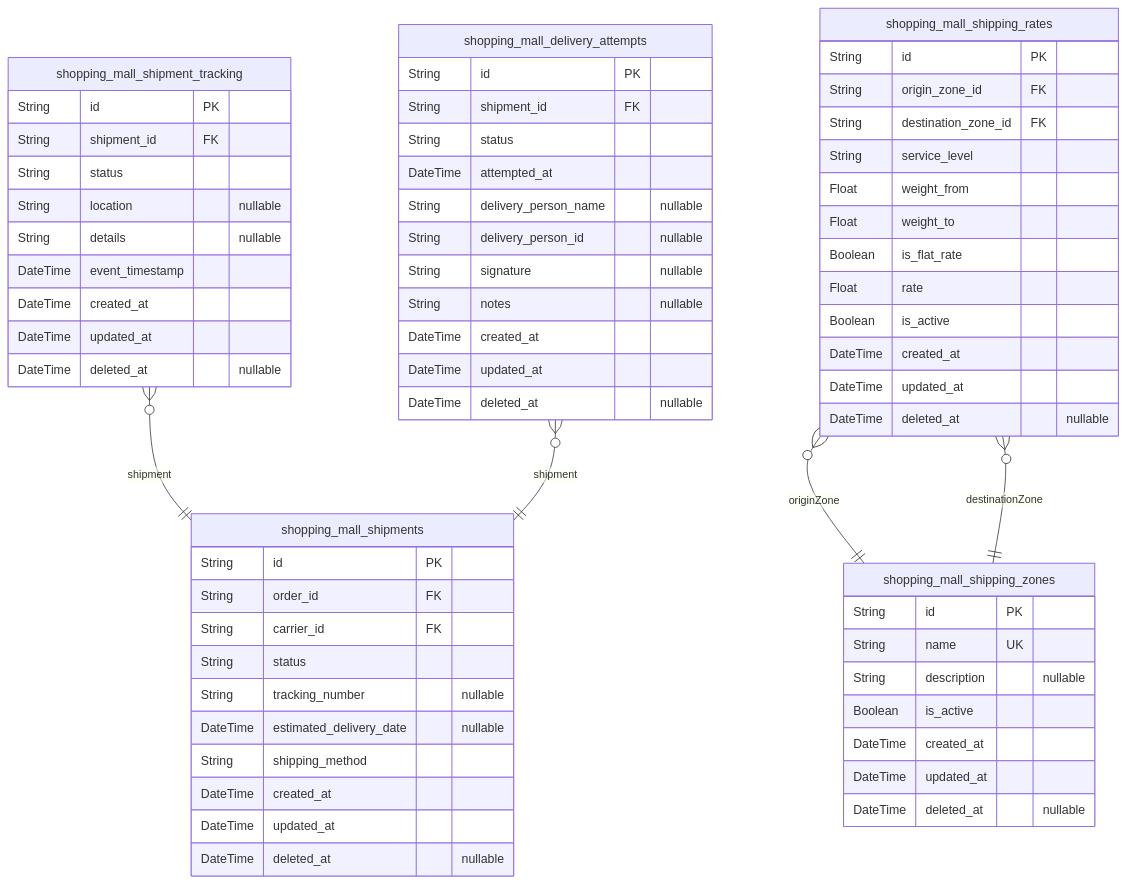
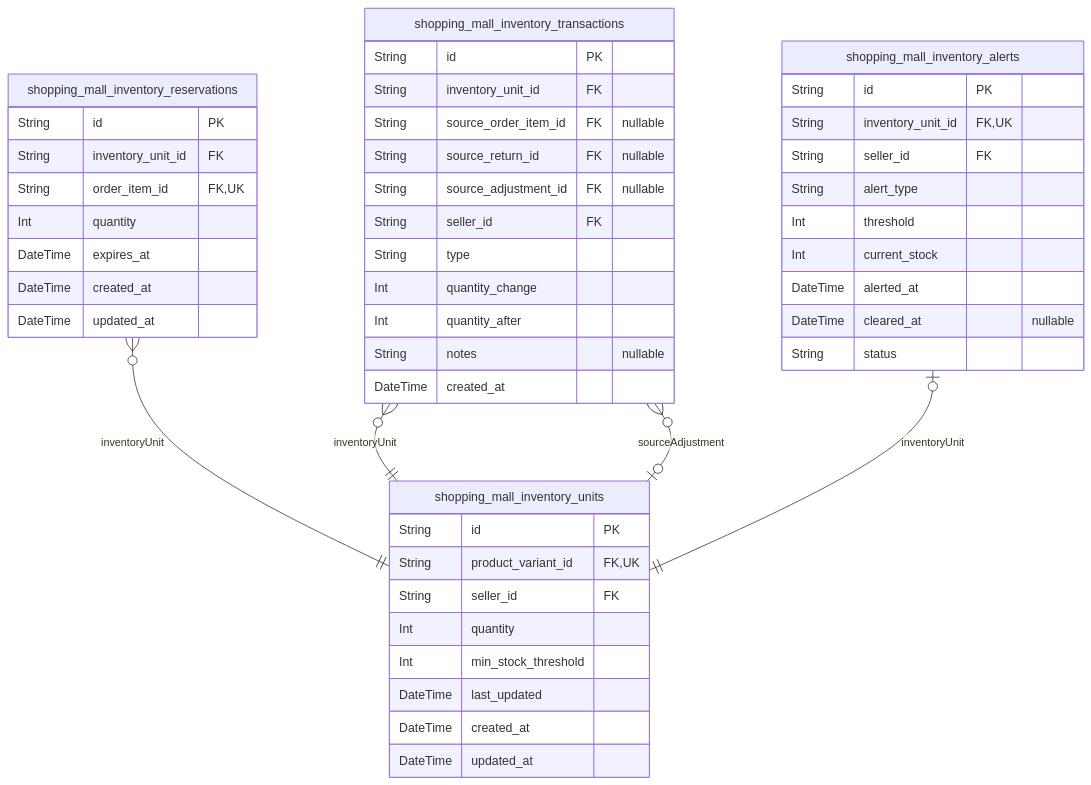
One commit to wrtnlabs/autobe-examples changed the seventh of 10 diagrams in qwen/qwen3-next-80b-a3b-instruct/shopping/docs/ERD.md. Above: the diagram before and after it, drawn with Mermaid. The commit also changed other lines of this file and 7173 other files, not shown here.

````diff
--- a/qwen/qwen3-next-80b-a3b-instruct/shopping/docs/ERD.md
+++ b/qwen/qwen3-next-80b-a3b-instruct/shopping/docs/ERD.md
@@ -1638,66 +1564,50 @@
 ```mermaid
 erDiagram
-"shopping_mall_shipments" {
+"shopping_mall_inventory_units" {
   String id PK
-  String order_id FK
-  String carrier_id FK
-  String status
-  String tracking_number "nullable"
-  DateTime estimated_delivery_date "nullable"
-  String shipping_method
+  String product_variant_id FK,UK
+  String seller_id FK
+  Int quantity
+  Int min_stock_threshold
+  DateTime last_updated
   DateTime created_at
   DateTime updated_at
-  DateTime deleted_at "nullable"
 }
-"shopping_mall_shipment_tracking" {
+"shopping_mall_inventory_reservations" {
   String id PK
-  String shipment_id FK
-  String status
-  String location "nullable"
-  String details "nullable"
-  DateTime event_timestamp
+  String inventory_unit_id FK
+  String order_item_id FK,UK
+  Int quantity
+  DateTime expires_at
   DateTime created_at
   DateTime updated_at
-  DateTime deleted_at "nullable"
 }
-"shopping_mall_delivery_attempts" {
+"shopping_mall_inventory_transactions" {
   String id PK
-  String shipment_id FK
-  String status
-  DateTime attempted_at
-  String delivery_person_name "nullable"
-  String delivery_person_id "nullable"
-  String signature "nullable"
+  String inventory_unit_id FK
+  String source_order_item_id FK "nullable"
+  String source_return_id FK "nullable"
+  String source_adjustment_id FK "nullable"
+  String seller_id FK
+  String type
+  Int quantity_change
+  Int quantity_after
   String notes "nullable"
   DateTime created_at
-  DateTime updated_at
-  DateTime deleted_at "nullable"
 }
-"shopping_mall_shipping_zones" {
+"shopping_mall_inventory_alerts" {
   String id PK
-  String name UK
-  String description "nullable"
-  Boolean is_active
-  DateTime created_at
-  DateTime updated_at
-  DateTime deleted_at "nullable"
+  String inventory_unit_id FK,UK
+  String seller_id FK
+  String alert_type
+  Int threshold
+  Int current_stock
+  DateTime alerted_at
+  DateTime cleared_at "nullable"
+  String status
 }
-"shopping_mall_shipping_rates" {
-  String id PK
-  String origin_zone_id FK
-  String destination_zone_id FK
-  String service_level
-  Float weight_from
-  Float weight_to
-  Boolean is_flat_rate
-  Float rate
-  Boolean is_active
-  DateTime created_at
-  DateTime updated_at
-  DateTime deleted_at "nullable"
-}
-"shopping_mall_shipment_tracking" }o--|| "shopping_mall_shipments" : shipment
-"shopping_mall_delivery_attempts" }o--|| "shopping_mall_shipments" : shipment
-"shopping_mall_shipping_rates" }o--|| "shopping_mall_shipping_zones" : originZone
-"shopping_mall_shipping_rates" }o--|| "shopping_mall_shipping_zones" : destinationZone
+"shopping_mall_inventory_reservations" }o--|| "shopping_mall_inventory_units" : inventoryUnit
+"shopping_mall_inventory_transactions" }o--|| "shopping_mall_inventory_units" : inventoryUnit
+"shopping_mall_inventory_transactions" }o--o| "shopping_mall_inventory_units" : sourceAdjustment
+"shopping_mall_inventory_alerts" |o--|| "shopping_mall_inventory_units" : inventoryUnit
 ```
````
